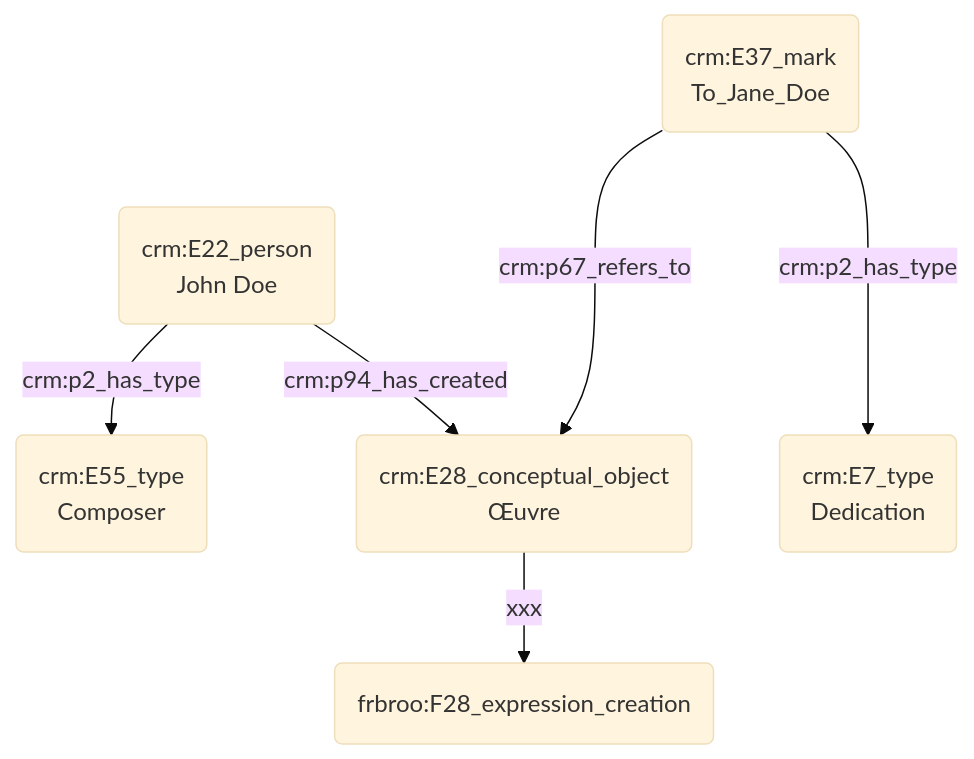
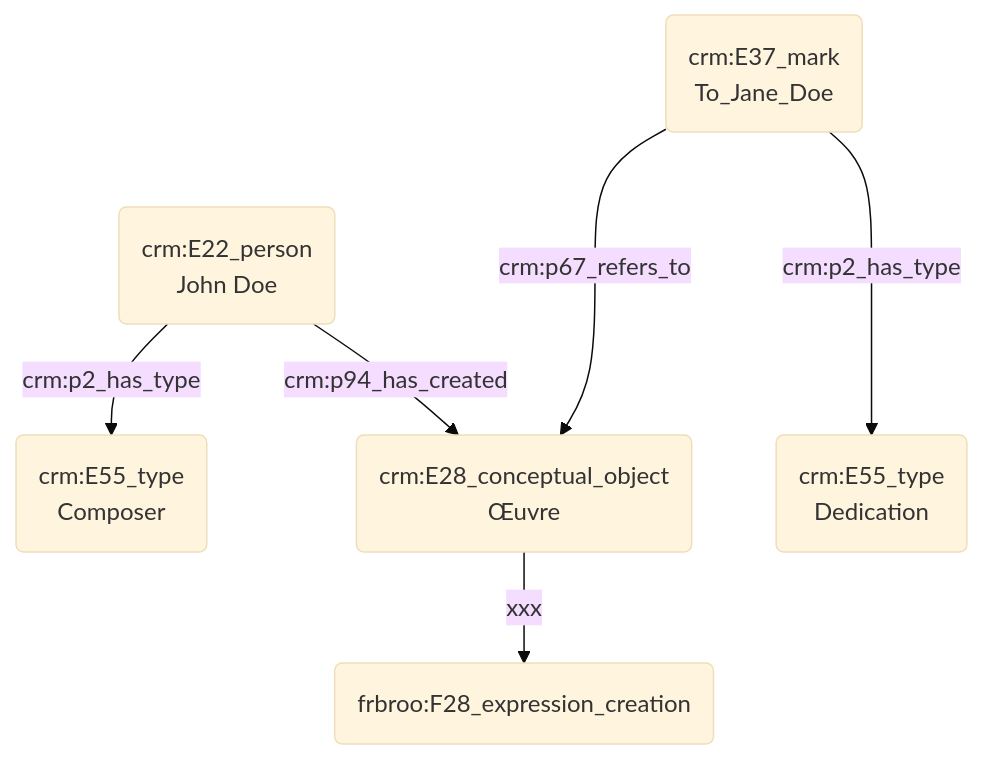
The diagram in modules/livrables/Dossier 2/Indexation conceptuelle/dédicataire d'une œuvre.md (Amleth/consortium-musica2-gt2-ontologies), drawn with Mermaid (base theme) before and after one commit.

Commit message:
Update dédicataire d'une œuvre.md

````diff
--- a/modules/livrables/Dossier 2/Indexation conceptuelle/dédicataire d'une œuvre.md
+++ b/modules/livrables/Dossier 2/Indexation conceptuelle/dédicataire d'une œuvre.md
@@ -13,10 +13,10 @@
 ```mermaid
 graph TD;
 
 A(crm:E22_person<br>John Doe) --> |crm:p2_has_type| B(crm:E55_type<br>Composer)
 A(crm:E22_person<br>John Doe) --> |crm:p94_has_created| C(crm:E28_conceptual_object<br>Œuvre)
 D(crm:E37_mark<br>To_Jane_Doe) ---> |crm:p67_refers_to| C(crm:E28_conceptual_object<br>Œuvre)
 C(crm:E28_conceptual_object<br>Œuvre) --> |xxx| F(frbroo:F28_expression_creation)
-D(crm:E37_mark<br>To_Jane_Doe) ---> |crm:p2_has_type| E(crm:E7_type<br>Dedication)
+D(crm:E37_mark<br>To_Jane_Doe) ---> |crm:p2_has_type| E(crm:E55_type<br>Dedication)
 
 ```
````
